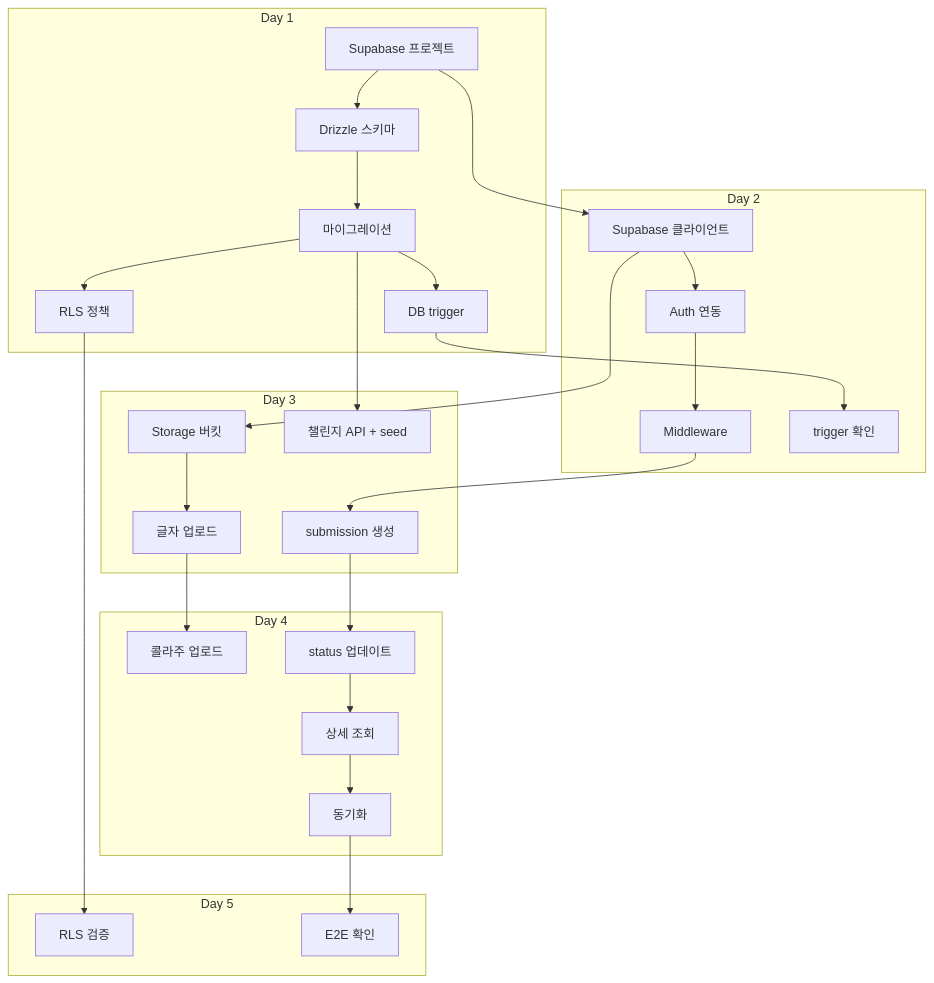
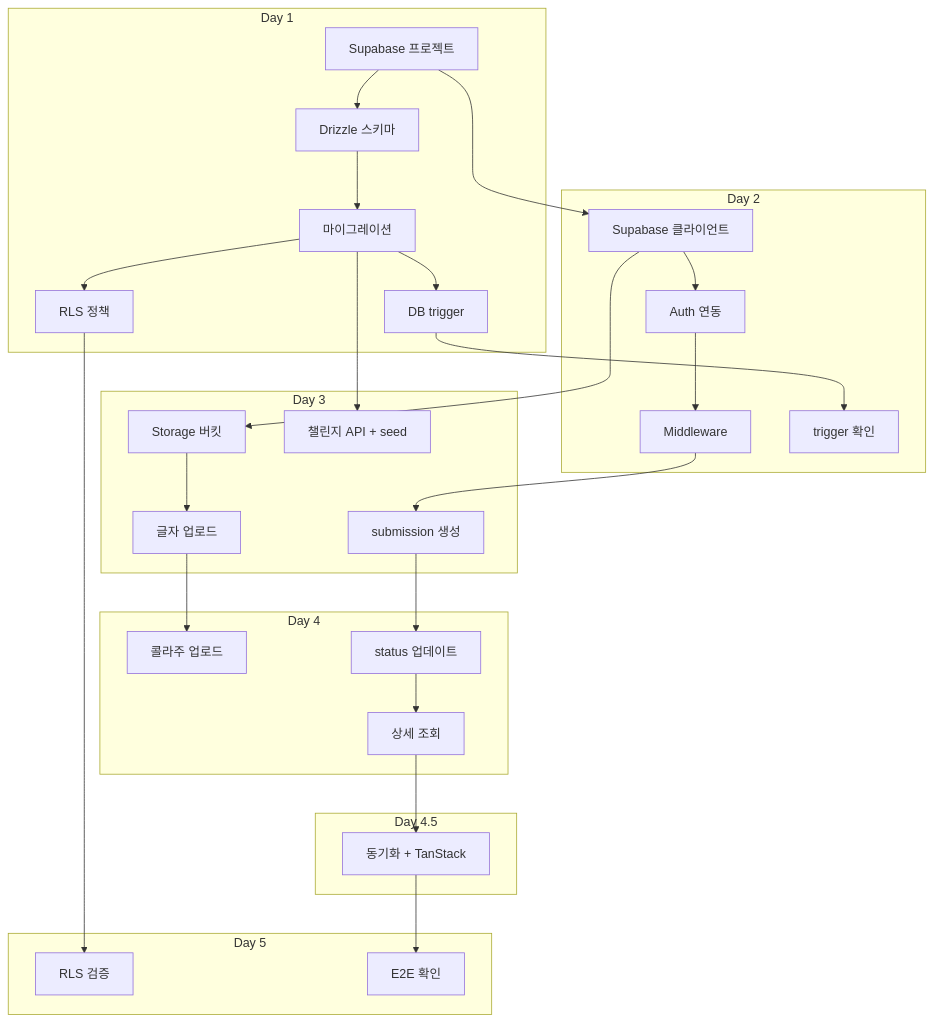
One commit to hjnMavis/typolog changed the second of 2 diagrams in docs/backend-design-plan.md. Above: the diagram before and after it, drawn with Mermaid. The commit also changed other lines of this file and 2 other files, not shown here.

First line of the commit message:
docs: sync planning docs with Day 4 gate-A decisions

````diff
--- a/docs/backend-design-plan.md
+++ b/docs/backend-design-plan.md
@@ -1063,35 +1079,38 @@
 ```mermaid
 graph TD
     subgraph "Day 1"
         D1[Supabase 프로젝트] --> D2[Drizzle 스키마]
         D2 --> D3[마이그레이션]
         D3 --> D4[RLS 정책]
         D3 --> D5[DB trigger]
     end
 
     subgraph "Day 2"
         D1 --> D6[Supabase 클라이언트]
         D6 --> D7[Auth 연동]
         D7 --> D8[Middleware]
         D5 --> D9[trigger 확인]
     end
 
     subgraph "Day 3"
         D6 --> D10[Storage 버킷]
         D3 --> D11[챌린지 API + seed]
         D8 --> D12[submission 생성]
         D10 --> D13[글자 업로드]
     end
 
     subgraph "Day 4"
         D13 --> D15[콜라주 업로드]
         D12 --> D16[status 업데이트]
         D16 --> D17[상세 조회]
-        D17 --> D18[동기화]
+    end
+
+    subgraph "Day 4.5"
+        D17 --> D18[동기화 + TanStack]
     end
 
     subgraph "Day 5"
         D4 --> D20[RLS 검증]
         D18 --> D21[E2E 확인]
     end
 ```
````
